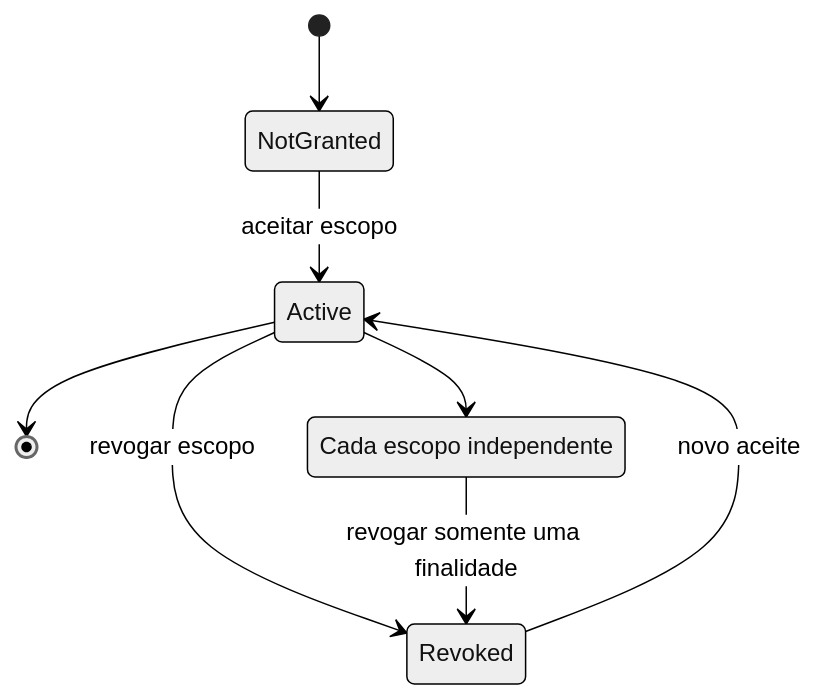
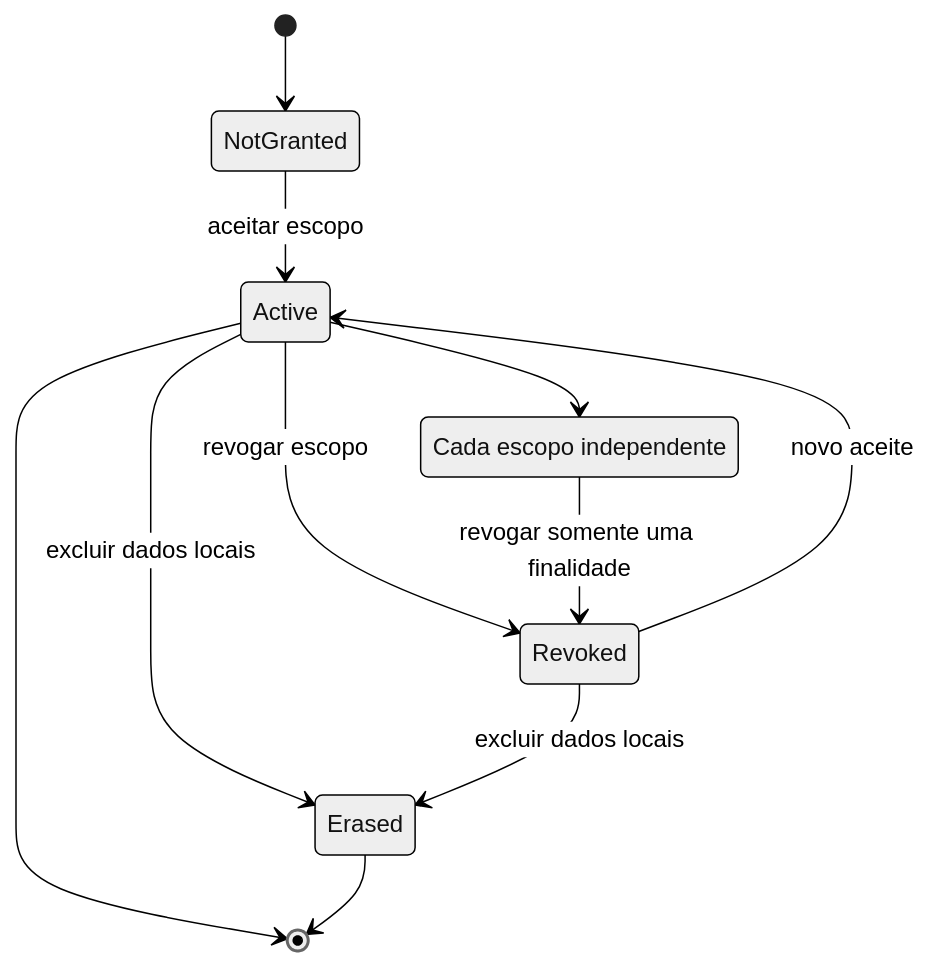
One commit to AloisioMagalhaes/bipolar-mood-spending-tracker changed the diagram in docs/diagrams/uml/11-state-consent.mmd. Above: the diagram before and after it, drawn with Mermaid (neutral theme). The commit also changed 2 other files, not shown here.

```diff
--- a/docs/diagrams/uml/11-state-consent.mmd
+++ b/docs/diagrams/uml/11-state-consent.mmd
@@ -1,9 +1,12 @@
 stateDiagram-v2
 [*] --> NotGranted
 NotGranted --> Active: aceitar escopo
 Active --> Revoked: revogar escopo
 Revoked --> Active: novo aceite
 Active --> [*]
 state "Cada escopo independente" as Scoped
 Active --> Scoped
 Scoped --> Revoked: revogar somente uma finalidade
+Active --> Erased: excluir dados locais
+Revoked --> Erased: excluir dados locais
+Erased --> [*]
```
